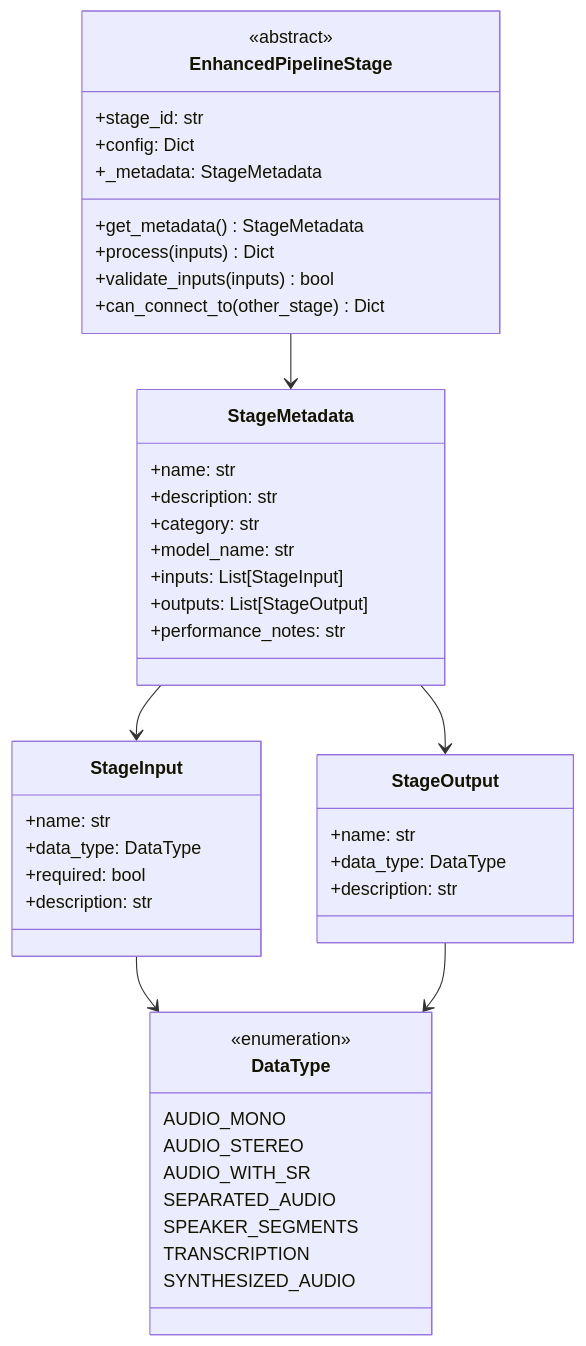
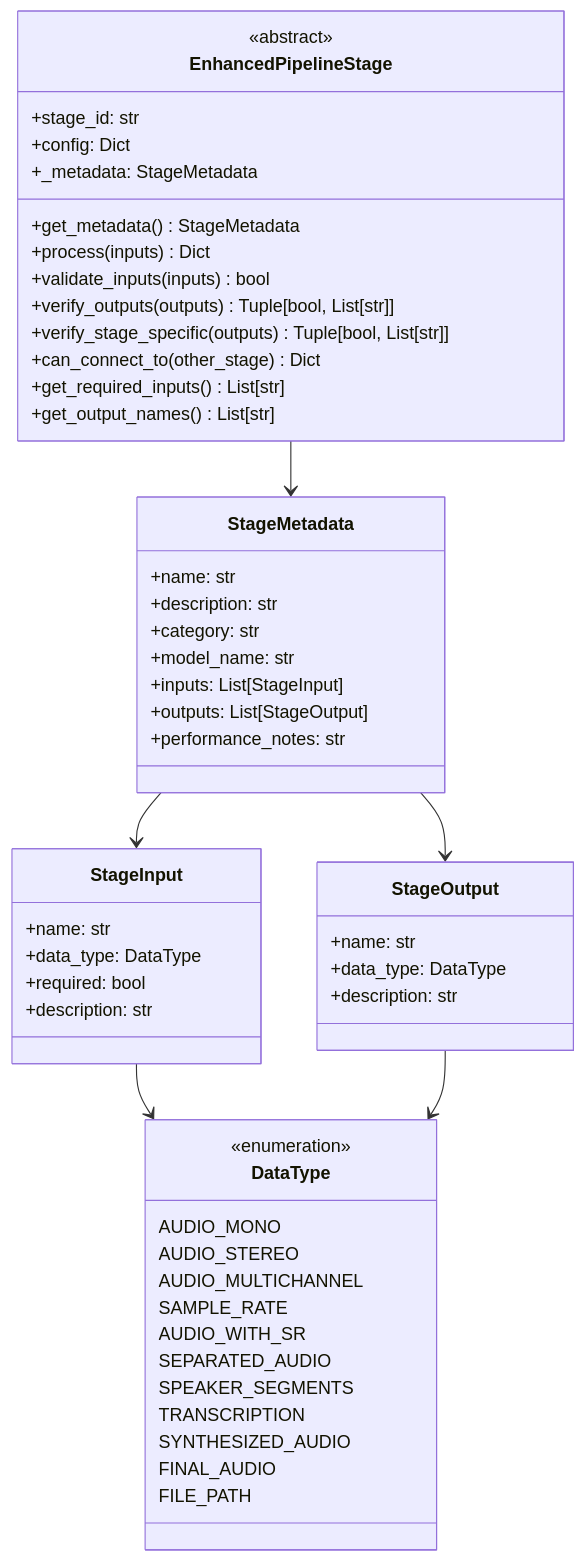
Before and after one commit to hyperjive-hq/hyper-audio: the fourth of 10 diagrams in architecture.md, drawn with Mermaid. The commit also changed other lines of this file and 7 other files, not shown here.

````diff
--- a/architecture.md
+++ b/architecture.md
@@ -90,53 +90,61 @@
 ```mermaid
 classDiagram
     class EnhancedPipelineStage {
         <<abstract>>
         +stage_id: str
         +config: Dict
         +_metadata: StageMetadata
         +get_metadata() StageMetadata
         +process(inputs) Dict
         +validate_inputs(inputs) bool
+        +verify_outputs(outputs) Tuple[bool, List[str]]
+        +verify_stage_specific(outputs) Tuple[bool, List[str]]
         +can_connect_to(other_stage) Dict
+        +get_required_inputs() List[str]
+        +get_output_names() List[str]
     }
     
     class StageMetadata {
         +name: str
         +description: str
         +category: str
         +model_name: str
         +inputs: List[StageInput]
         +outputs: List[StageOutput]
         +performance_notes: str
     }
     
     class StageInput {
         +name: str
         +data_type: DataType
         +required: bool
         +description: str
     }
     
     class StageOutput {
         +name: str
         +data_type: DataType
         +description: str
     }
     
     class DataType {
         <<enumeration>>
         AUDIO_MONO
         AUDIO_STEREO
+        AUDIO_MULTICHANNEL
+        SAMPLE_RATE
         AUDIO_WITH_SR
         SEPARATED_AUDIO
         SPEAKER_SEGMENTS
         TRANSCRIPTION
         SYNTHESIZED_AUDIO
+        FINAL_AUDIO
+        FILE_PATH
     }
     
     EnhancedPipelineStage --> StageMetadata
     StageMetadata --> StageInput
     StageMetadata --> StageOutput
     StageInput --> DataType
     StageOutput --> DataType
 ```
````
